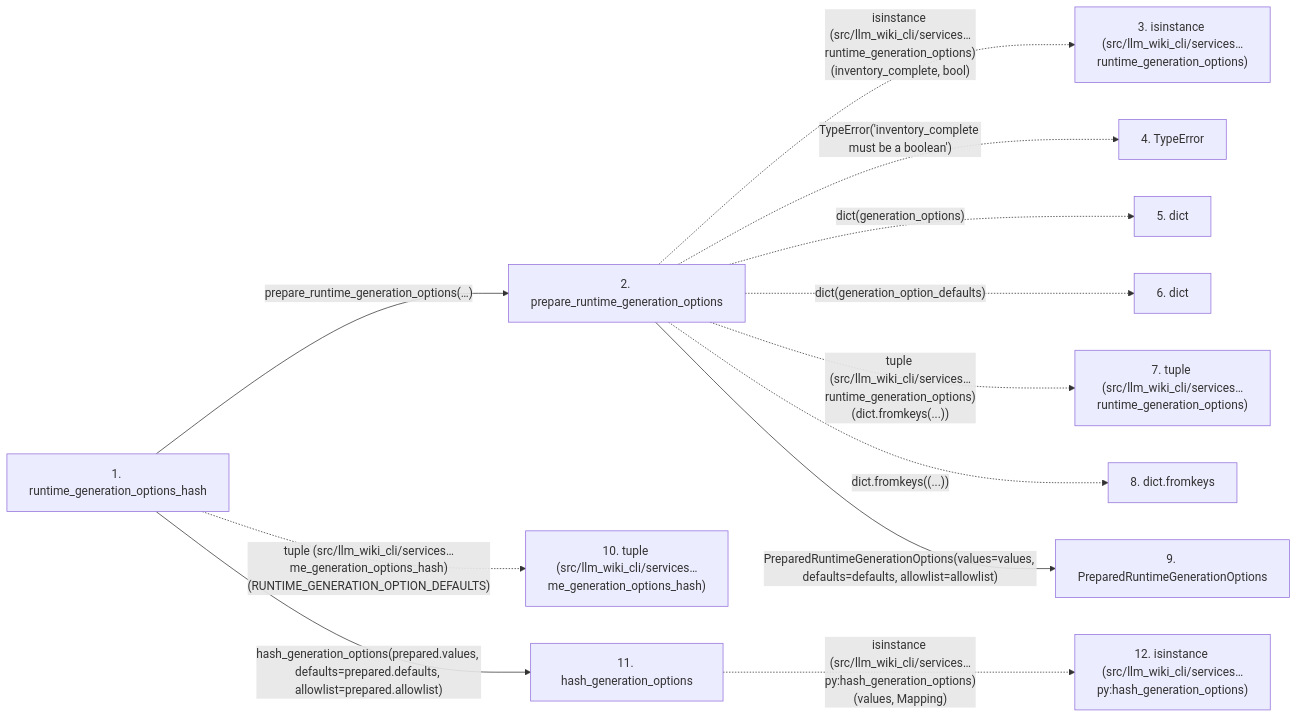
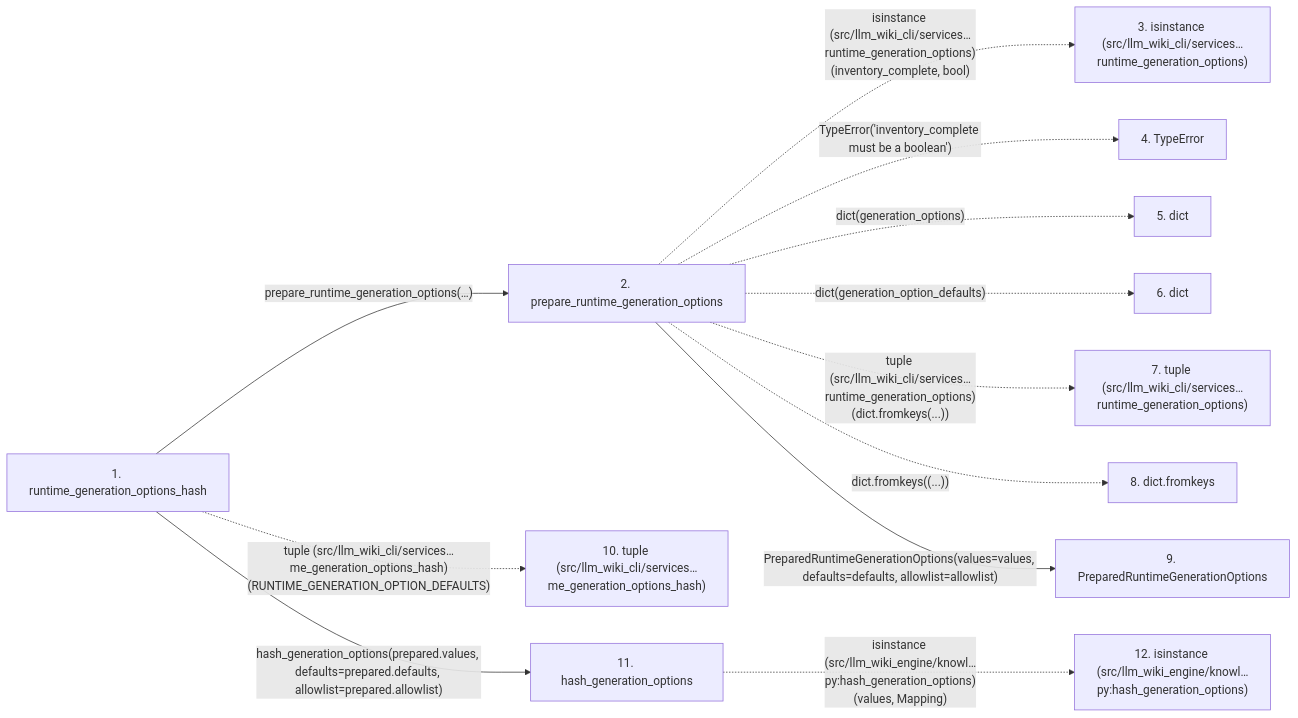
Before and after one commit to Denissvgn/python-wiki-llm: the second of 2 diagrams in docs/llm_wiki/flows/api-runtime_generation_options_hash.md, drawn with Mermaid. The commit also changed other lines of this file and 1058 other files, not shown here.

````diff
--- a/docs/llm_wiki/flows/api-runtime_generation_options_hash.md
+++ b/docs/llm_wiki/flows/api-runtime_generation_options_hash.md
@@ -124,30 +124,30 @@
 ```mermaid
 flowchart LR
     s1["1. runtime_generation_options_hash"]
     s2["2. prepare_runtime_generation_options"]
     s3["3. isinstance (src/llm_wiki_cli/services…runtime_generation_options)"]
     s4["4. TypeError"]
     s5["5. dict"]
     s6["6. dict"]
     s7["7. tuple (src/llm_wiki_cli/services…runtime_generation_options)"]
     s8["8. dict.fromkeys"]
     s9["9. PreparedRuntimeGenerationOptions"]
     s10["10. tuple (src/llm_wiki_cli/services…me_generation_options_hash)"]
     s11["11. hash_generation_options"]
-    s12["12. isinstance (src/llm_wiki_cli/services…py:hash_generation_options)"]
+    s12["12. isinstance (src/llm_wiki_engine/knowl…py:hash_generation_options)"]
     s1 -->|"prepare_runtime_generation_options(…)"| s2
     s2 -. "isinstance (src/llm_wiki_cli/services…runtime_generation_options)(inventory_complete, bool)" .-> s3
     s2 -. "TypeError('inventory_complete must be a boolean')" .-> s4
     s2 -. "dict(generation_options)" .-> s5
     s2 -. "dict(generation_option_defaults)" .-> s6
     s2 -. "tuple (src/llm_wiki_cli/services…runtime_generation_options)(dict.fromkeys(...))" .-> s7
     s2 -. "dict.fromkeys((...))" .-> s8
     s2 -->|"PreparedRuntimeGenerationOptions(values=values, defaults=defaults, allowlist=allowlist)"| s9
     s1 -. "tuple (src/llm_wiki_cli/services…me_generation_options_hash)(RUNTIME_GENERATION_OPTION_DEFAULTS)" .-> s10
     s1 -->|"hash_generation_options(prepared.values, defaults=prepared.defaults, allowlist=prepared.allowlist)"| s11
-    s11 -. "isinstance (src/llm_wiki_cli/services…py:hash_generation_options)(values, Mapping)" .-> s12
+    s11 -. "isinstance (src/llm_wiki_engine/knowl…py:hash_generation_options)(values, Mapping)" .-> s12
     click s1 "../modules/knowledge_orchestration.md"
     click s2 "../modules/knowledge_orchestration.md"
     click s9 "../modules/knowledge_orchestration.md"
     click s11 "../modules/knowledge_envelope.md"
 ```
````
